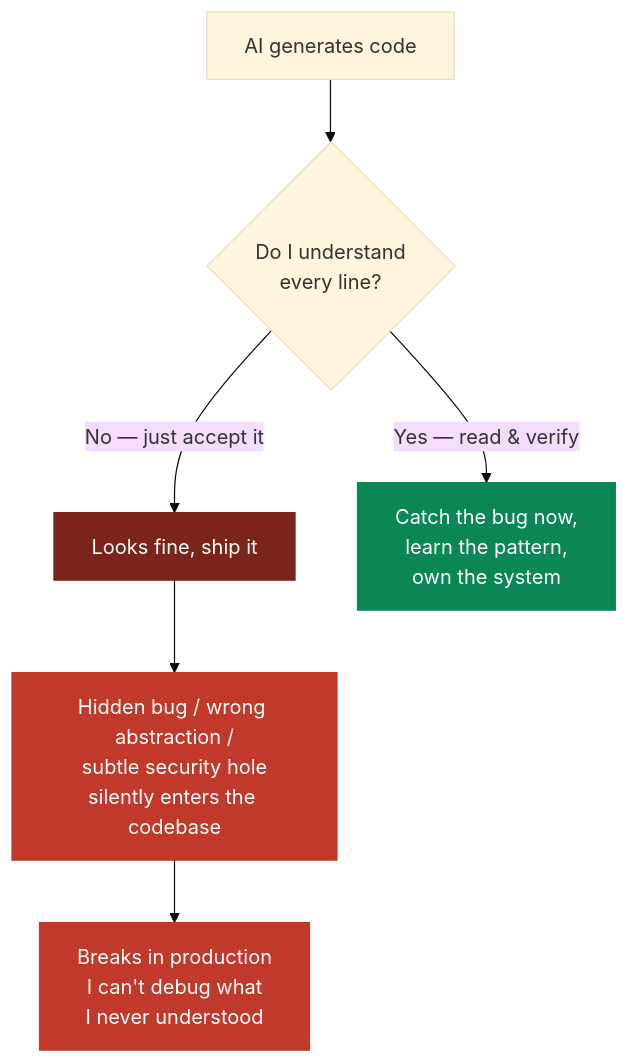
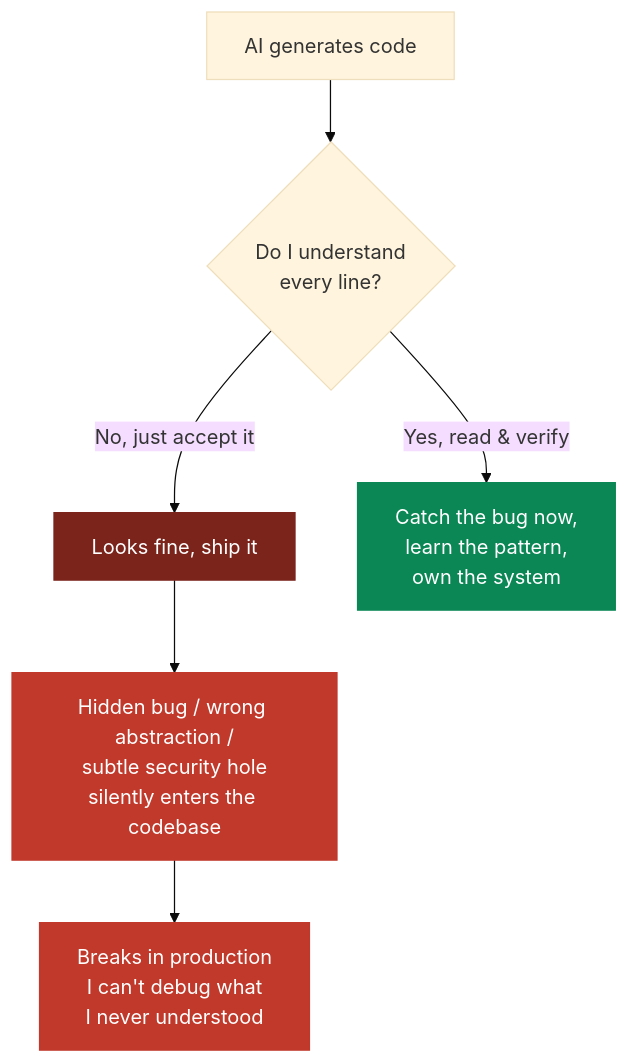
Before and after one commit to Cyvid7-Darus10/peak-self: the third of 3 diagrams in engineering/dev-setup.md, drawn with Mermaid (base theme). The commit also changed other lines of this file and 12 other files, not shown here.

````diff
--- a/engineering/dev-setup.md
+++ b/engineering/dev-setup.md
@@ -159,12 +152,12 @@
 ```mermaid
 flowchart TD
     A["AI generates code"] --> B{"Do I understand<br/>every line?"}
-    B -->|"No — just accept it"| C["Looks fine, ship it"]
+    B -->|"No, just accept it"| C["Looks fine, ship it"]
     C --> D["Hidden bug / wrong abstraction /<br/>subtle security hole<br/>silently enters the codebase"]
     D --> E["Breaks in production<br/>I can't debug what<br/>I never understood"]
-    B -->|"Yes — read & verify"| F["Catch the bug now,<br/>learn the pattern,<br/>own the system"]
+    B -->|"Yes, read & verify"| F["Catch the bug now,<br/>learn the pattern,<br/>own the system"]
     style C fill:#7b241c,stroke:#7b241c,color:#fff
     style D fill:#c0392b,stroke:#c0392b,color:#fff
     style E fill:#c0392b,stroke:#c0392b,color:#fff
     style F fill:#0a8754,stroke:#0a8754,color:#fff
 ```
````
